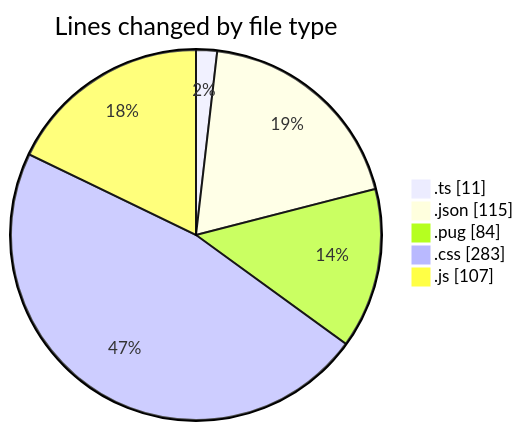
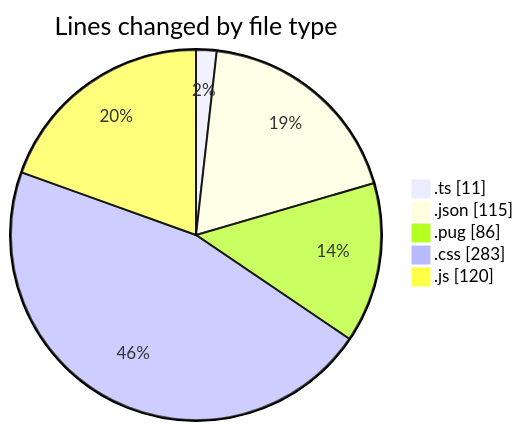
One commit to momahboobian/code-tracking changed the first of 2 diagrams in 2025-02-24/cda/README.md. Above: the diagram before and after it, drawn with Mermaid. The commit also changed other lines of this file and 1 other file, not shown here.

````diff
--- a/2025-02-24/cda/README.md
+++ b/2025-02-24/cda/README.md
@@ -29,9 +30,9 @@
 ```mermaid
 pie showData
 title Lines changed by file type
 ".ts" : 11
 ".json" : 115
-".pug" : 84
+".pug" : 86
 ".css" : 283
-".js" : 107
+".js" : 120
 ```
````
